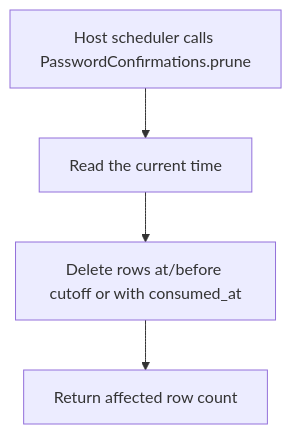
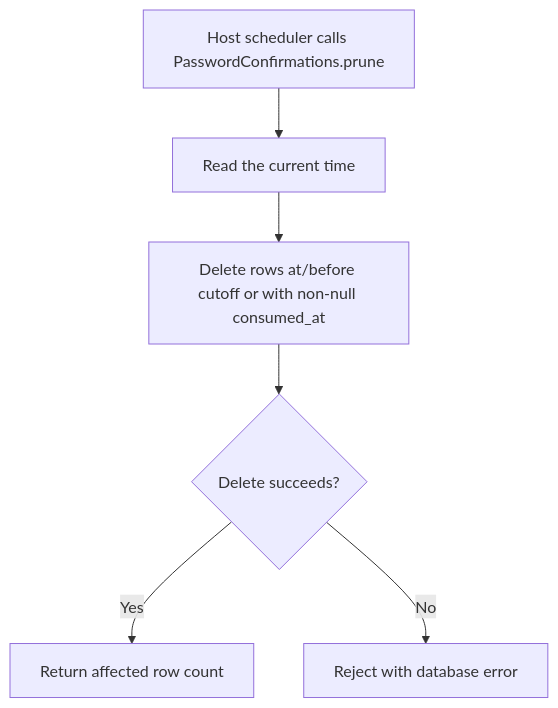
The second of 2 diagrams in user-stories/US-CONFIRM-05-prune-confirmations.md (Kevinjohn/oss-adonisjs-confirm-action-with-password), drawn with Mermaid before and after one commit. The commit also changed other lines of this file and 11 other files, not shown here.

````diff
--- a/user-stories/US-CONFIRM-05-prune-confirmations.md
+++ b/user-stories/US-CONFIRM-05-prune-confirmations.md
@@ -29,6 +33,8 @@
 ```mermaid
 flowchart TD
     A["Host scheduler calls PasswordConfirmations.prune"] --> B["Read the current time"]
-    B --> C["Delete rows at/before cutoff or with consumed_at"]
-    C --> D["Return affected row count"]
+    B --> C["Delete rows at/before cutoff or with non-null consumed_at"]
+    C --> E{"Delete succeeds?"}
+    E -->|Yes| D["Return affected row count"]
+    E -->|No| F["Reject with database error"]
 ```
````
